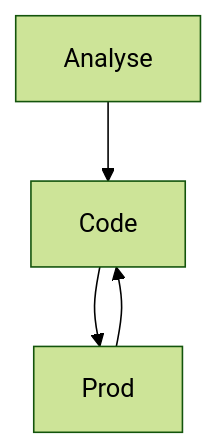
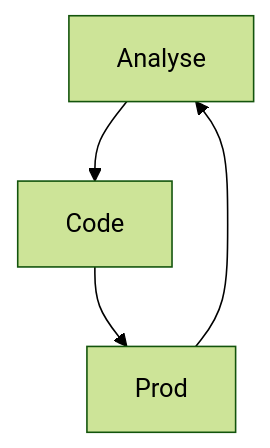
One commit to lf444/lf444 changed the diagram in README.md. Above: the diagram before and after it, drawn with Mermaid (forest theme). The commit also changed other lines of this file, not shown here.

````diff
--- a/README.md
+++ b/README.md
@@ -41,6 +34,6 @@
 ```mermaid
   graph TD;
       Analyse-->Code;
       Code-->Prod;
-      Prod-->Code;
+      Prod-->Analyse;
 ```
````
